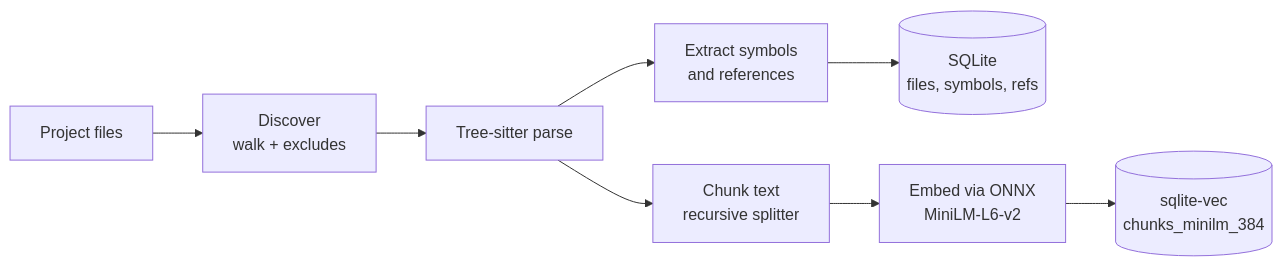
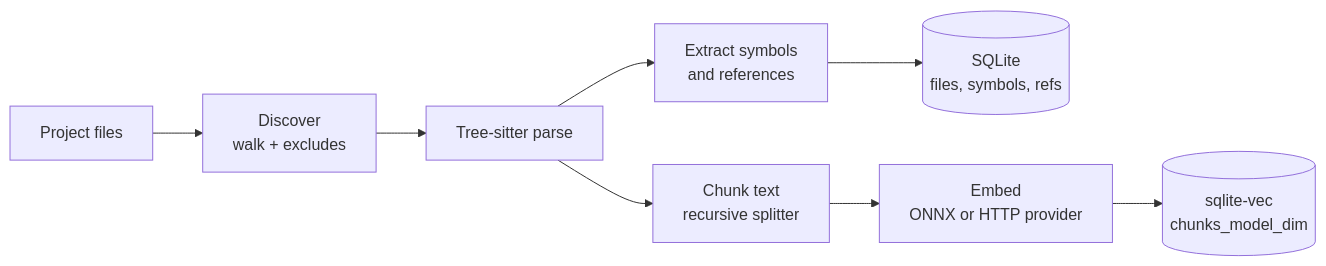
The first of 3 diagrams in README.md (iliaal/codesage), drawn with Mermaid before and after one commit. The commit also changed other lines of this file and 11 other files, not shown here.

````diff
--- a/README.md
+++ b/README.md
@@ -186,10 +186,10 @@
 ```mermaid
 flowchart LR
     A[Project files] --> B[Discover<br/>walk + excludes]
     B --> C[Tree-sitter parse]
     C --> D[Extract symbols<br/>and references]
     C --> E[Chunk text<br/>recursive splitter]
     D --> F[(SQLite<br/>files, symbols, refs)]
-    E --> G[Embed via ONNX<br/>MiniLM-L6-v2]
-    G --> H[(sqlite-vec<br/>chunks_minilm_384)]
+    E --> G[Embed<br/>ONNX or HTTP provider]
+    G --> H[(sqlite-vec<br/>chunks_model_dim)]
 ```
````
